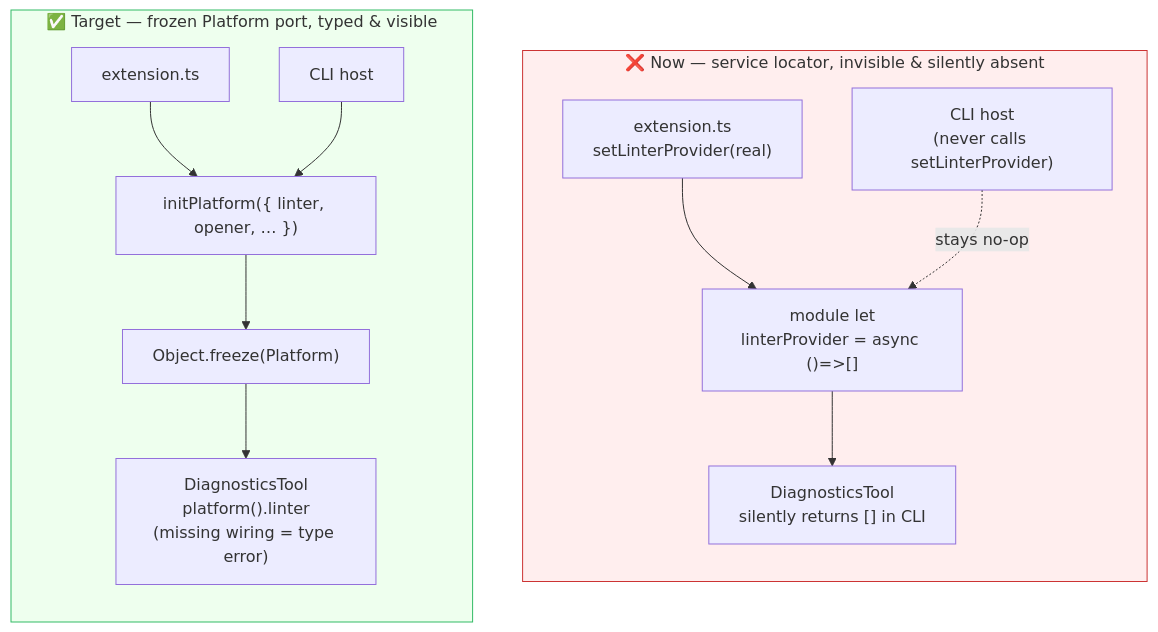
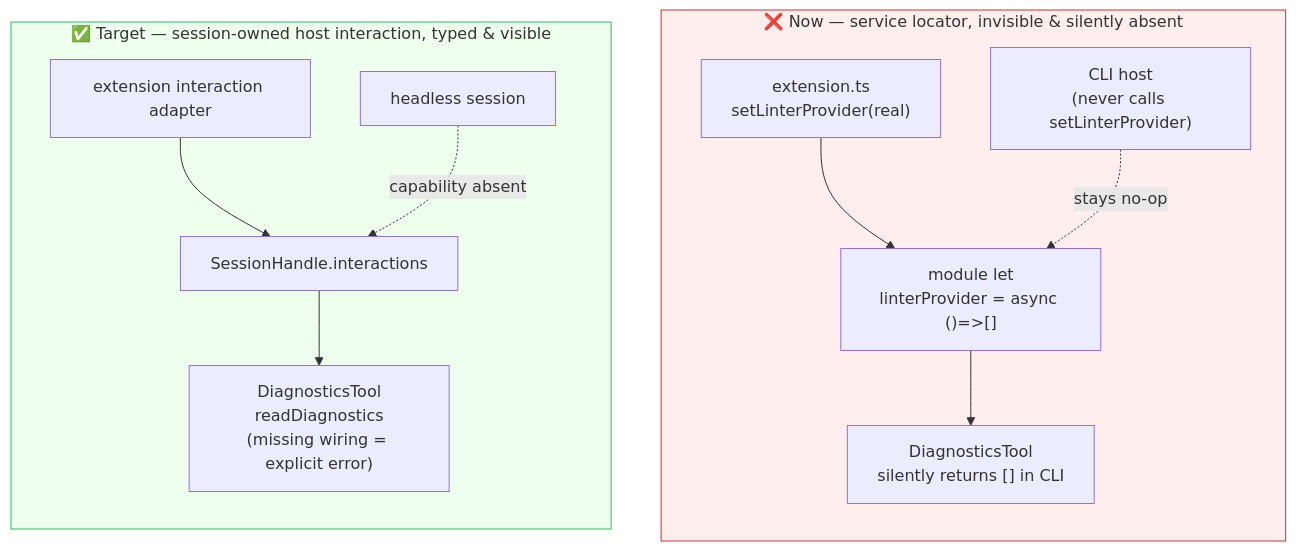
The fifth of 7 diagrams in docs/proposals/dependency-injection-cleanup.md (LionSR/TeXRA), drawn with Mermaid before and after one commit. The commit also changed 20 other files, not shown here.

````diff
--- a/docs/proposals/dependency-injection-cleanup.md
+++ b/docs/proposals/dependency-injection-cleanup.md
@@ -190,20 +190,19 @@
 ```mermaid
 flowchart TB
     subgraph NOW["❌ Now — service locator, invisible & silently absent"]
         direction TB
         E1["extension.ts\nsetLinterProvider(real)"] --> G1["module let\nlinterProvider = async ()=>[]"]
         C1["CLI host\n(never calls setLinterProvider)"] -.->|"stays no-op"| G1
         G1 --> T1["DiagnosticsTool\nsilently returns [] in CLI"]
     end
 
-    subgraph TARGET["✅ Target — frozen Platform port, typed & visible"]
+    subgraph TARGET["✅ Target — session-owned host interaction, typed & visible"]
         direction TB
-        E2["extension.ts"] --> IP["initPlatform({ linter, opener, … })"]
-        C2["CLI host"] --> IP
-        IP --> FZ["Object.freeze(Platform)"]
-        FZ --> T2["DiagnosticsTool\nplatform().linter\n(missing wiring = type error)"]
+        E2["extension interaction adapter"] --> SH["SessionHandle.interactions"]
+        C2["headless session"] -.->|"capability absent"| SH
+        SH --> T2["DiagnosticsTool\nreadDiagnostics\n(missing wiring = explicit error)"]
     end
 
     style NOW fill:#fee,stroke:#c33
     style TARGET fill:#efe,stroke:#3b6
 ```
````
